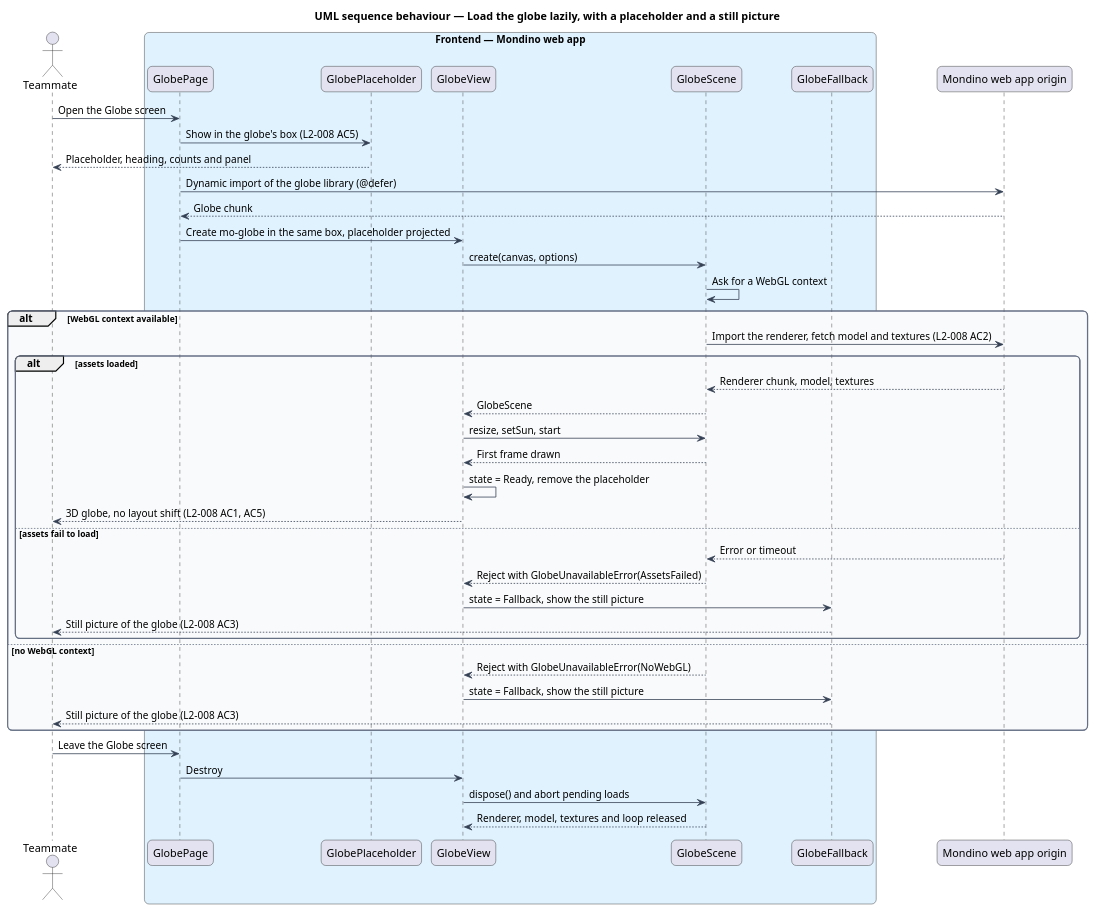
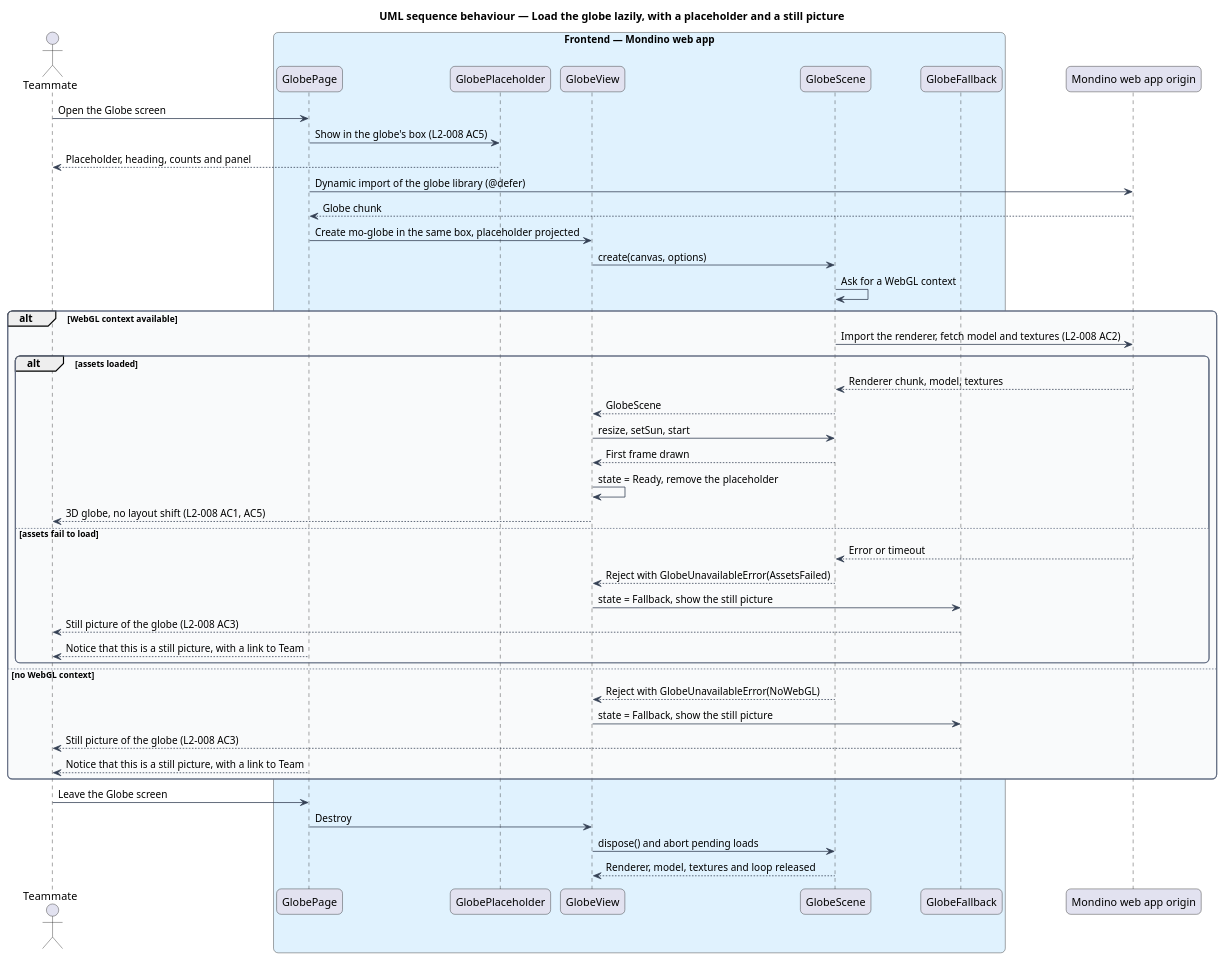
The diagram in docs/detailed-designs/globe/draw-globe/diagrams/sequence-load-globe.puml (QuinntyneBrown/Mondino), drawn with PlantUML before and after one commit. The commit also changed 7 other files, not shown here.

```diff
--- a/docs/detailed-designs/globe/draw-globe/diagrams/sequence-load-globe.puml
+++ b/docs/detailed-designs/globe/draw-globe/diagrams/sequence-load-globe.puml
@@ -1,58 +1,60 @@
 @startuml
 title UML sequence behaviour — Load the globe lazily, with a placeholder and a still picture
 skinparam backgroundColor #FFFFFF
 skinparam shadowing false
 skinparam roundcorner 12
 skinparam defaultFontName Arial
 skinparam ArrowColor #344054
 skinparam rectangle {
   BorderColor #344054
   FontColor #101828
 }
 skinparam package {
   BorderColor #667085
   FontColor #101828
   BackgroundColor #F9FAFB
 }
 actor "Teammate" as actor
 box "Frontend — Mondino web app" #E0F2FE
   participant "GlobePage" as page
   participant "GlobePlaceholder" as placeholder
   participant "GlobeView" as view
   participant "GlobeScene" as scene
   participant "GlobeFallback" as fallback
 end box
 participant "Mondino web app origin" as origin
 actor -> page : Open the Globe screen
 page -> placeholder : Show in the globe's box (L2-008 AC5)
 placeholder --> actor : Placeholder, heading, counts and panel
 page -> origin : Dynamic import of the globe library (@defer)
 origin --> page : Globe chunk
 page -> view : Create mo-globe in the same box, placeholder projected
 view -> scene : create(canvas, options)
 scene -> scene : Ask for a WebGL context
 alt WebGL context available
   scene -> origin : Import the renderer, fetch model and textures (L2-008 AC2)
   alt assets loaded
     origin --> scene : Renderer chunk, model, textures
     scene --> view : GlobeScene
     view -> scene : resize, setSun, start
     scene --> view : First frame drawn
     view -> view : state = Ready, remove the placeholder
     view --> actor : 3D globe, no layout shift (L2-008 AC1, AC5)
   else assets fail to load
     origin --> scene : Error or timeout
     scene --> view : Reject with GlobeUnavailableError(AssetsFailed)
     view -> fallback : state = Fallback, show the still picture
     fallback --> actor : Still picture of the globe (L2-008 AC3)
+    page --> actor : Notice that this is a still picture, with a link to Team
   end
 else no WebGL context
   scene --> view : Reject with GlobeUnavailableError(NoWebGL)
   view -> fallback : state = Fallback, show the still picture
   fallback --> actor : Still picture of the globe (L2-008 AC3)
+  page --> actor : Notice that this is a still picture, with a link to Team
 end
 actor -> page : Leave the Globe screen
 page -> view : Destroy
 view -> scene : dispose() and abort pending loads
 scene --> view : Renderer, model, textures and loop released
 @enduml
```
